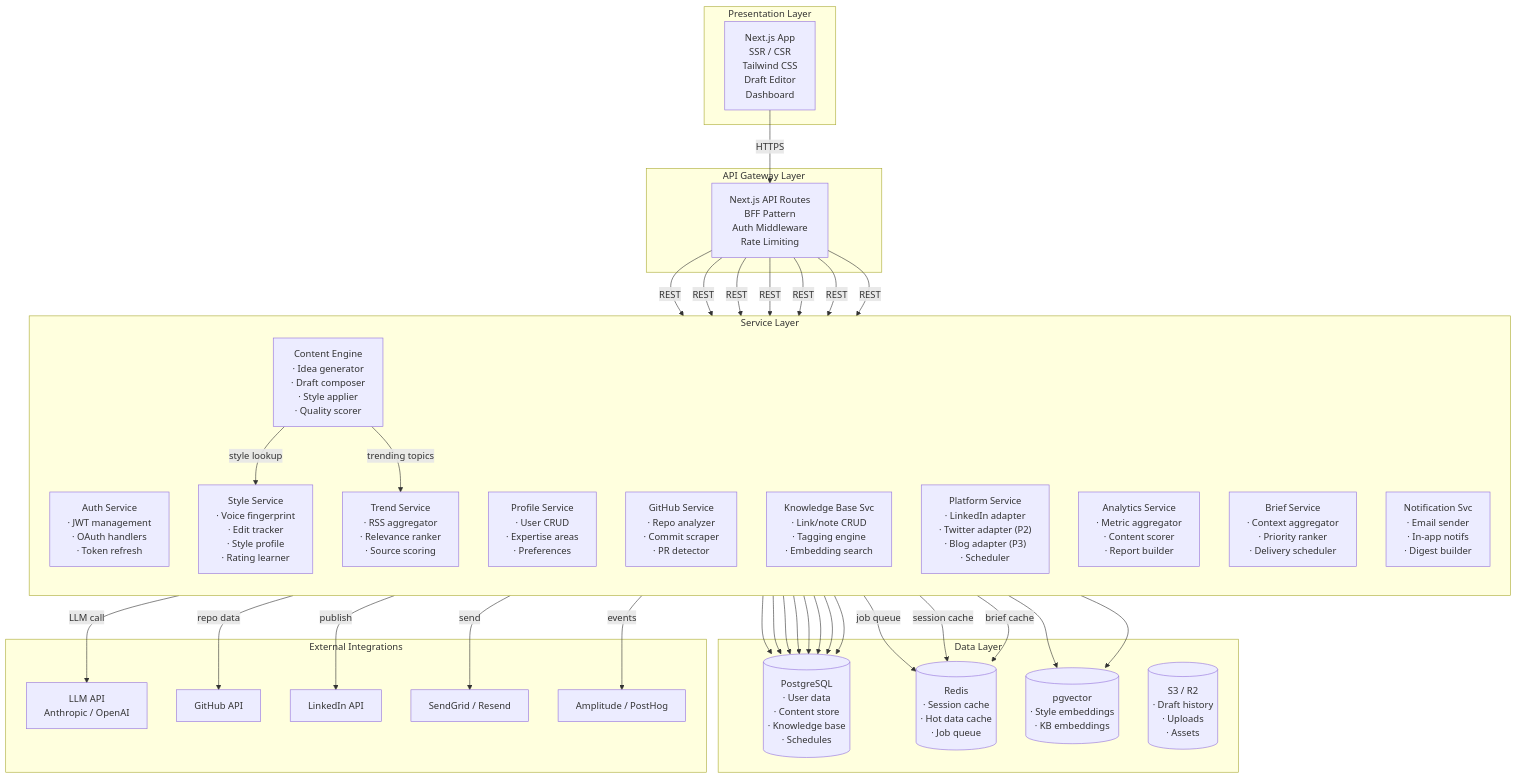
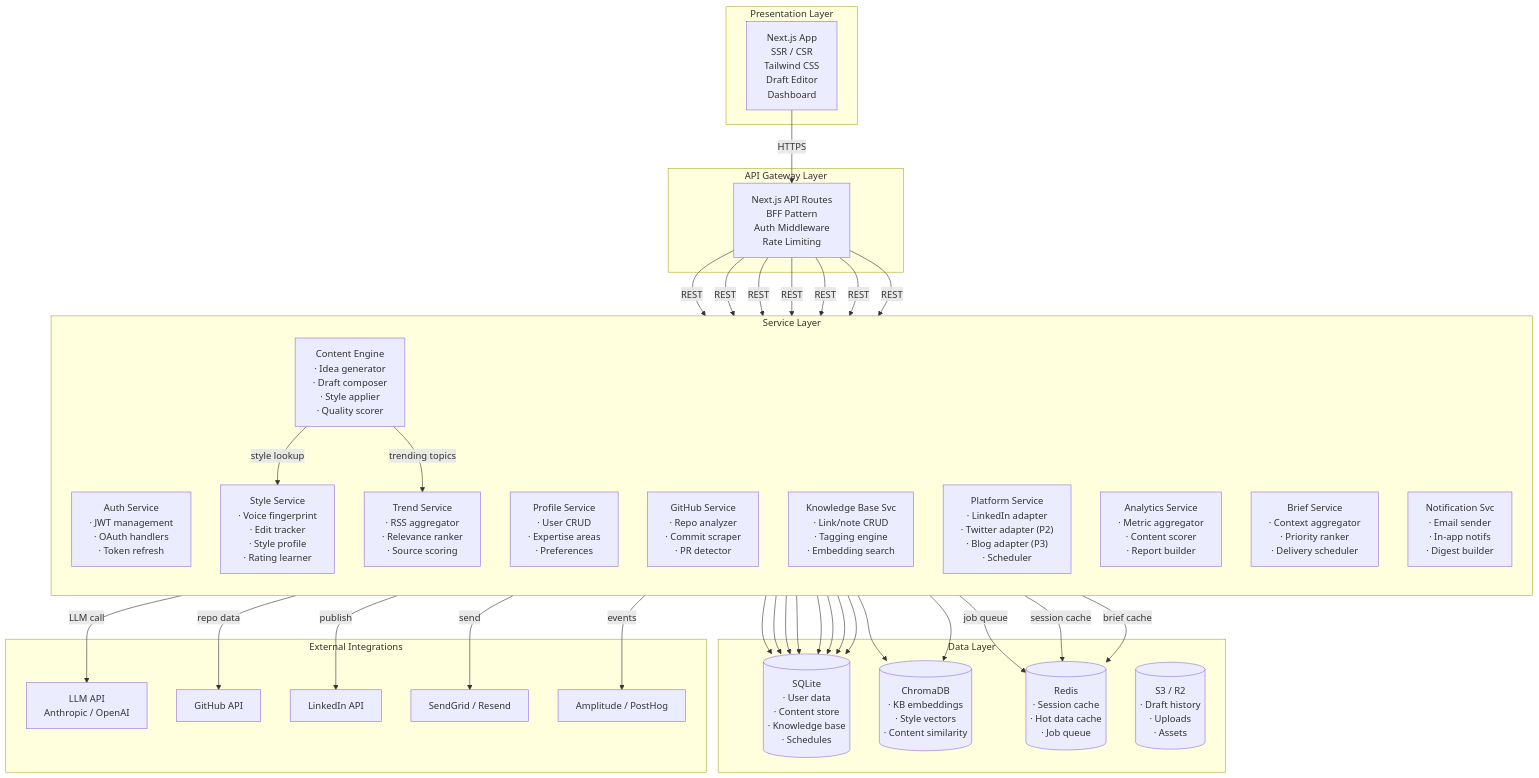
Before and after one commit to Blacksujit/AI-Brand-OS: the third of 24 diagrams in docs/02_SYSTEM_ARCHITECTURE.md, drawn with Mermaid. The commit also changed other lines of this file and 18 other files, not shown here.

```diff
--- a/docs/02_SYSTEM_ARCHITECTURE.md
+++ b/docs/02_SYSTEM_ARCHITECTURE.md
@@ -230,18 +231,19 @@
   end
 
   subgraph Data["Data Layer"]
-    PG[("PostgreSQL
+    SQLITE[("SQLite
         · User data
         · Content store
         · Knowledge base
         · Schedules")]
+    CHROMA[("ChromaDB
+        · KB embeddings
+        · Style vectors
+        · Content similarity")]
     REDIS[("Redis
         · Session cache
         · Hot data cache
         · Job queue")]
-    VEC[("pgvector
-        · Style embeddings
-        · KB embeddings")]
     S3[("S3 / R2
         · Draft history
         · Uploads
@@ -273,16 +275,16 @@
   GITHUB -->|"repo data"| GH_API
   PLATFORM -->|"publish"| LI_API
 
-  AUTH --> PG
-  PROFILE --> PG
-  GITHUB --> PG
-  KB --> PG
-  KB --> VEC
-  CONTENT --> PG
-  STYLE --> PG
-  STYLE --> VEC
-  PLATFORM --> PG
-  ANALYTICS --> PG
+  AUTH --> SQLITE
+  PROFILE --> SQLITE
+  GITHUB --> SQLITE
+  KB --> SQLITE
+  KB --> CHROMA
+  CONTENT --> SQLITE
+  STYLE --> SQLITE
+  STYLE --> CHROMA
+  PLATFORM --> SQLITE
+  ANALYTICS --> SQLITE
 
   CONTENT -->|"job queue"| REDIS
   AUTH -->|"session cache"| REDIS
```
